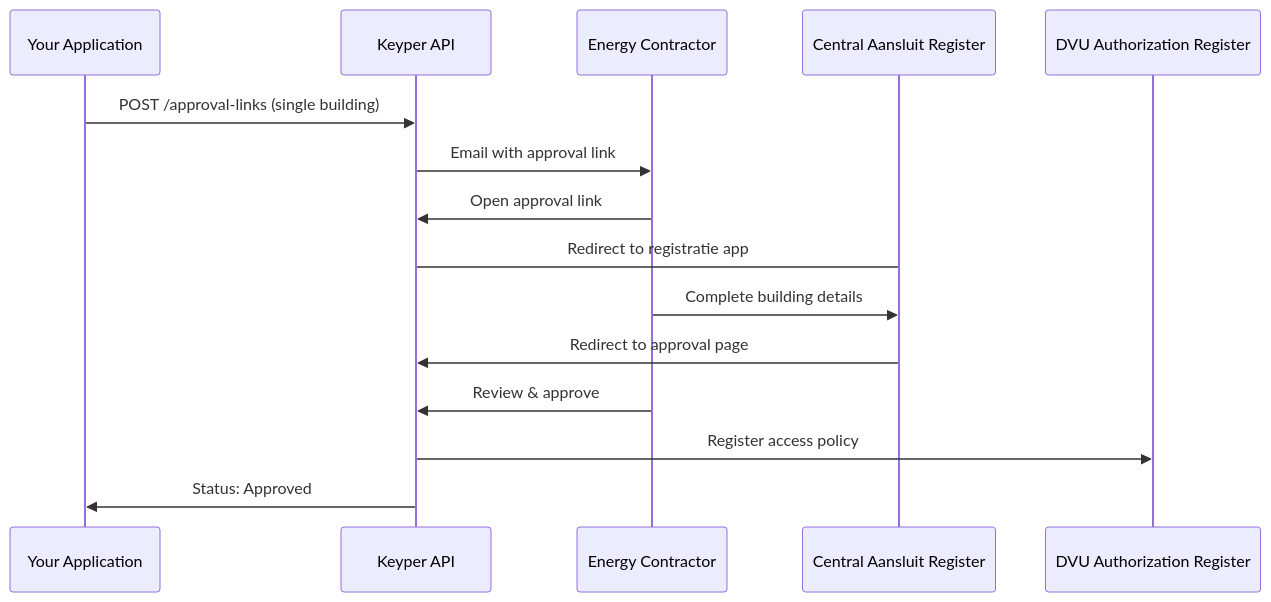
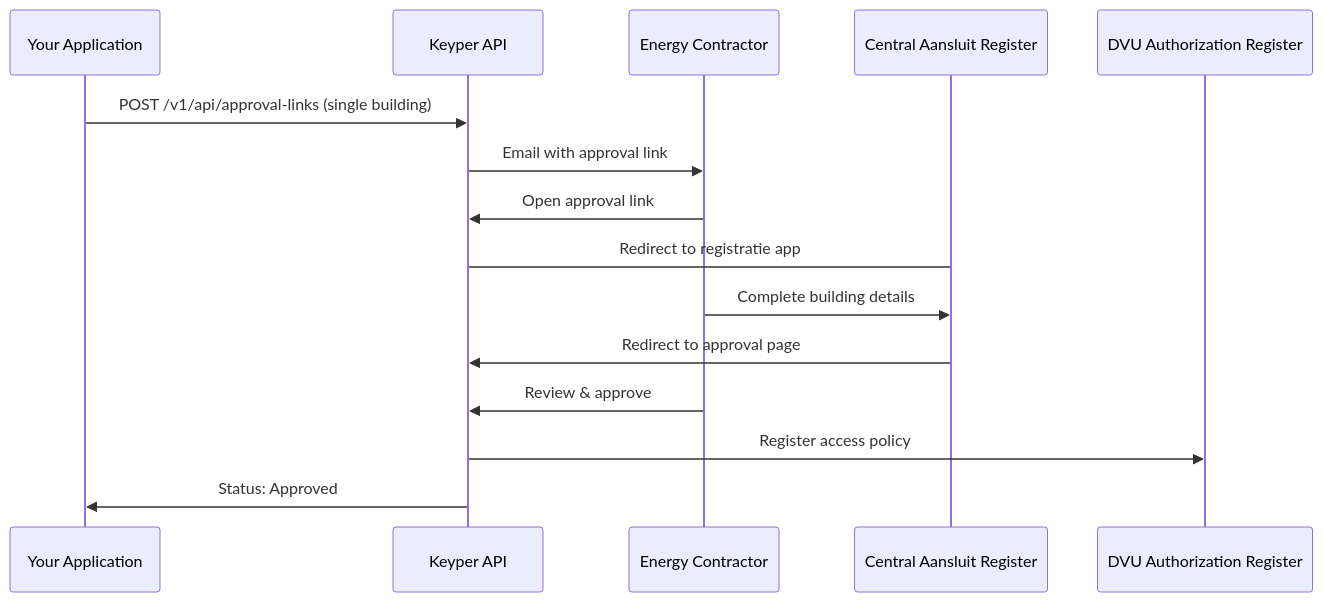
Before and after one commit to POORT8/Poort8.Docs: the diagram in dvu/single-building.md, drawn with Mermaid. The commit also changed 4 other files, not shown here.

````diff
--- a/dvu/single-building.md
+++ b/dvu/single-building.md
@@ -11,17 +11,17 @@
 ```mermaid
 sequenceDiagram
     participant App as Your Application
     participant Keyper as Keyper API
     participant EC as Energy Contractor
     participant CAR as Central Aansluit Register
     participant AR as DVU Authorization Register
-    App->>Keyper: POST /approval-links (single building)
+    App->>Keyper: POST /v1/api/approval-links (single building)
     Keyper->>EC: Email with approval link
     EC->>Keyper: Open approval link
     Keyper->CAR: Redirect to registratie app
     EC->>CAR: Complete building details
     CAR->>Keyper: Redirect to approval page
     EC->>Keyper: Review & approve
     Keyper->>AR: Register access policy
     Keyper->>App: Status: Approved
 ```
````
